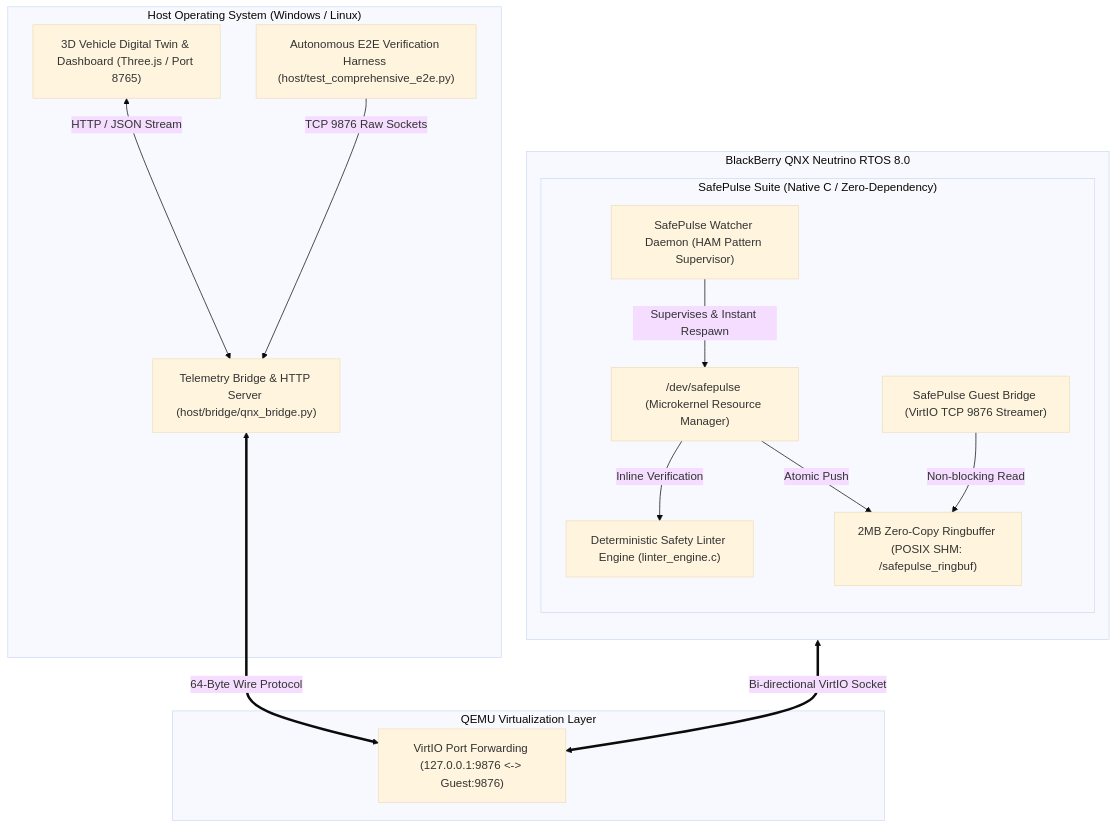
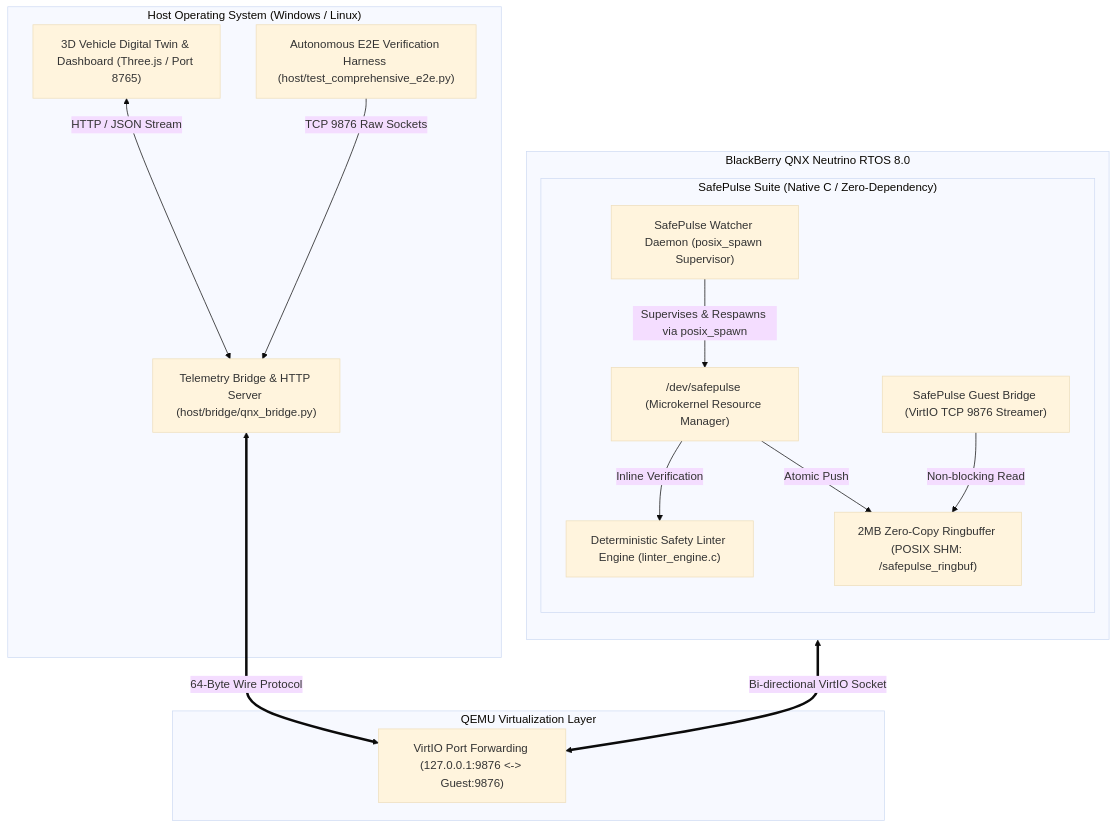
One commit to Lainholic/qnx-safepulse-lab changed the diagram in README.md. Above: the diagram before and after it, drawn with Mermaid (base theme). The commit also changed other lines of this file and 3 other files, not shown here.

````diff
--- a/README.md
+++ b/README.md
@@ -38,34 +34,34 @@
 ```mermaid
 flowchart TB
     subgraph Host["Host Operating System (Windows / Linux)"]
         UI["3D Vehicle Digital Twin & Dashboard (Three.js / Port 8765)"]
         PyBridge["Telemetry Bridge & HTTP Server (host/bridge/qnx_bridge.py)"]
         Harness["Autonomous E2E Verification Harness (host/test_comprehensive_e2e.py)"]
         
         UI <-->|HTTP / JSON Stream| PyBridge
         Harness -->|TCP 9876 Raw Sockets| PyBridge
     end
 
     subgraph QEMU["QEMU Virtualization Layer"]
         PortFwd["VirtIO Port Forwarding (127.0.0.1:9876 <-> Guest:9876)"]
     end
 
     subgraph QNX["BlackBerry QNX Neutrino RTOS 8.0"]
         direction TB
         subgraph SafePulse["SafePulse Suite (Native C / Zero-Dependency)"]
             DevNode["/dev/safepulse (Microkernel Resource Manager)"]
             RingBuf["2MB Zero-Copy Ringbuffer (POSIX SHM: /safepulse_ringbuf)"]
             Linter["Deterministic Safety Linter Engine (linter_engine.c)"]
-            Watcher["SafePulse Watcher Daemon (HAM Pattern Supervisor)"]
+            Watcher["SafePulse Watcher Daemon (posix_spawn Supervisor)"]
             Bridge["SafePulse Guest Bridge (VirtIO TCP 9876 Streamer)"]
         end
 
-        Watcher -->|Supervises & Instant Respawn| DevNode
+        Watcher -->|Supervises & Respawns via posix_spawn| DevNode
         DevNode -->|Inline Verification| Linter
         DevNode -->|Atomic Push| RingBuf
         Bridge -->|Non-blocking Read| RingBuf
         Bridge <==>|Bi-directional VirtIO Socket| PortFwd
     end
 
     PyBridge <==>|64-Byte Wire Protocol| PortFwd
 ```
````
